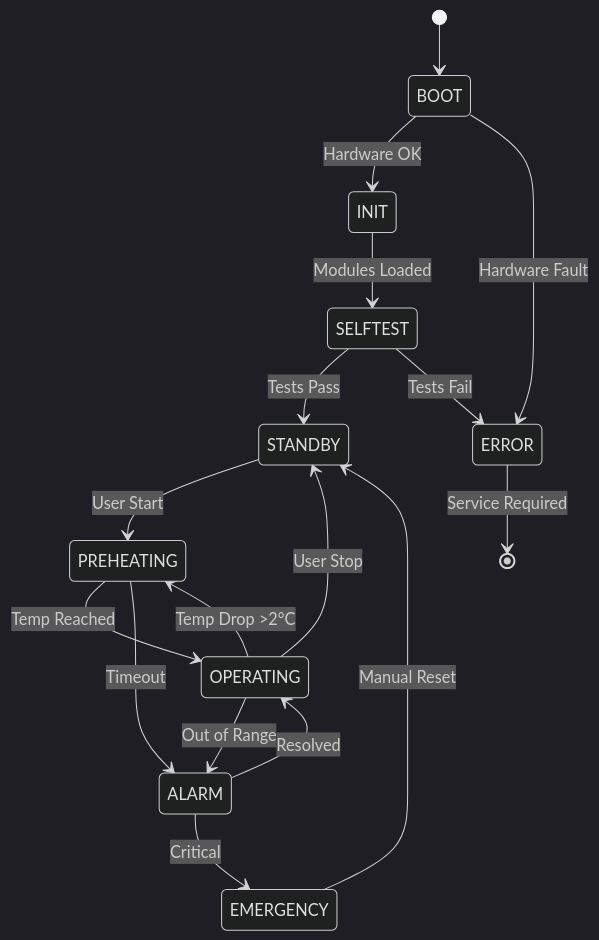
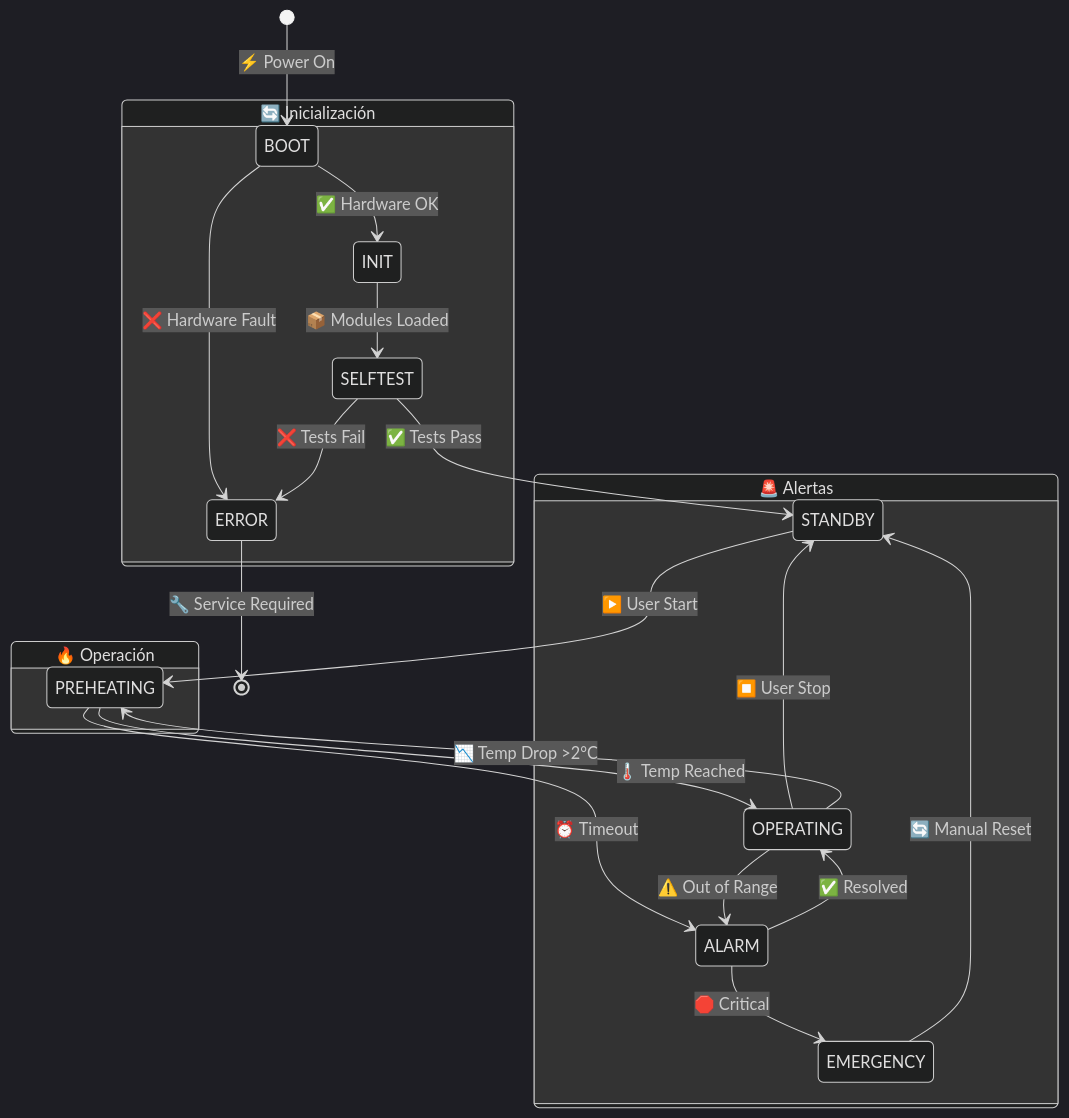
The second of 2 diagrams in docs/docs/software/firmware/architecture.md (medicalopenworld/IncuNest-Docs), drawn with Mermaid (dark theme) before and after one commit. The commit also changed other lines of this file and 11 other files, not shown here.

Commit message:
Update Spanish documentation diagrams to beautiful mermaid style

````diff
--- a/docs/docs/software/firmware/architecture.md
+++ b/docs/docs/software/firmware/architecture.md
@@ -76,24 +76,29 @@
 ```mermaid
 stateDiagram-v2
-    [*] --> BOOT
-    BOOT --> INIT: Hardware OK
-    BOOT --> ERROR: Hardware Fault
+    [*] --> BOOT: ⚡ Power On
     
-    INIT --> SELFTEST: Modules Loaded
-    SELFTEST --> STANDBY: Tests Pass
-    SELFTEST --> ERROR: Tests Fail
+    state "🔄 Inicialización" as init_group {
+        BOOT --> INIT: ✅ Hardware OK
+        BOOT --> ERROR: ❌ Hardware Fault
+        INIT --> SELFTEST: 📦 Modules Loaded
+        SELFTEST --> STANDBY: ✅ Tests Pass
+        SELFTEST --> ERROR: ❌ Tests Fail
+    }
     
-    STANDBY --> PREHEATING: User Start
-    PREHEATING --> OPERATING: Temp Reached
-    PREHEATING --> ALARM: Timeout
+    state "🔥 Operación" as operation_group {
+        STANDBY --> PREHEATING: ▶️ User Start
+        PREHEATING --> OPERATING: 🌡️ Temp Reached
+        PREHEATING --> ALARM: ⏰ Timeout
+        OPERATING --> STANDBY: ⏹️ User Stop
+        OPERATING --> ALARM: ⚠️ Out of Range
+        OPERATING --> PREHEATING: 📉 Temp Drop >2°C
+    }
     
-    OPERATING --> STANDBY: User Stop
-    OPERATING --> ALARM: Out of Range
-    OPERATING --> PREHEATING: Temp Drop >2°C
+    state "🚨 Alertas" as alert_group {
+        ALARM --> OPERATING: ✅ Resolved
+        ALARM --> EMERGENCY: 🛑 Critical
+        EMERGENCY --> STANDBY: 🔄 Manual Reset
+    }
     
-    ALARM --> OPERATING: Resolved
-    ALARM --> EMERGENCY: Critical
-    
-    EMERGENCY --> STANDBY: Manual Reset
-    ERROR --> [*]: Service Required
+    ERROR --> [*]: 🔧 Service Required
 ```
````
